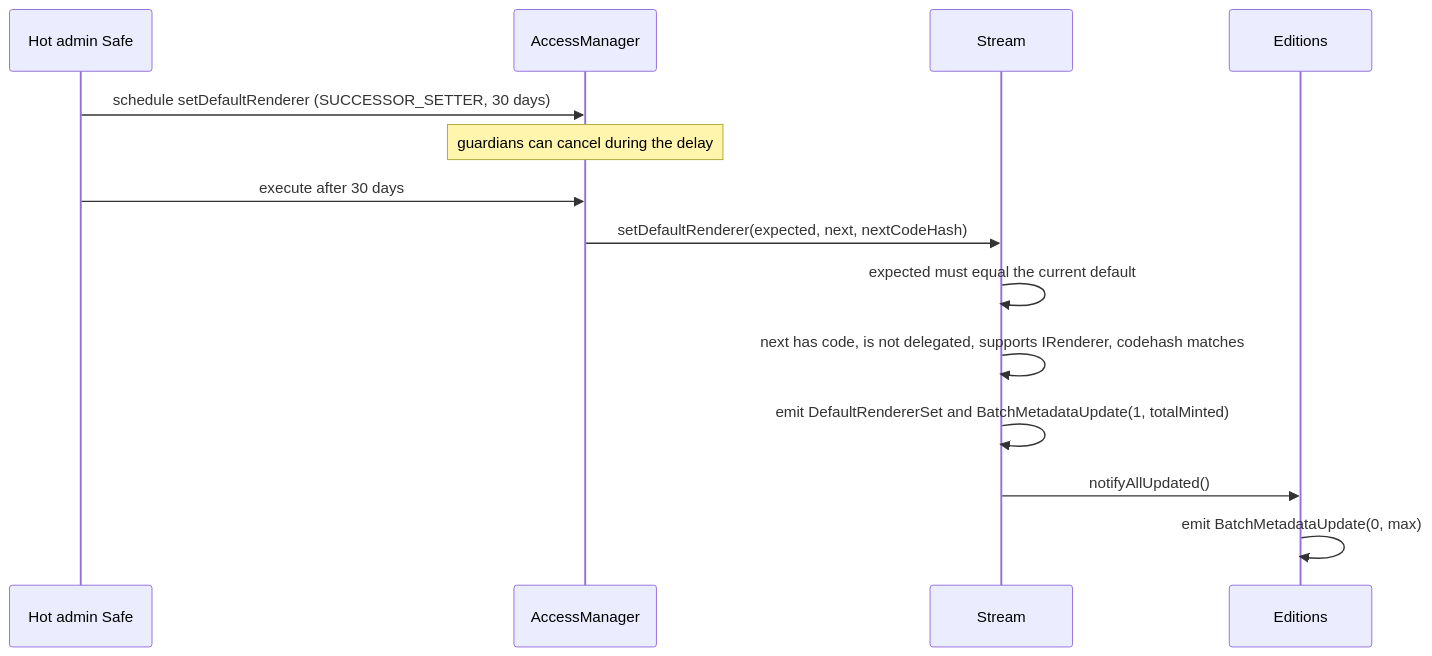
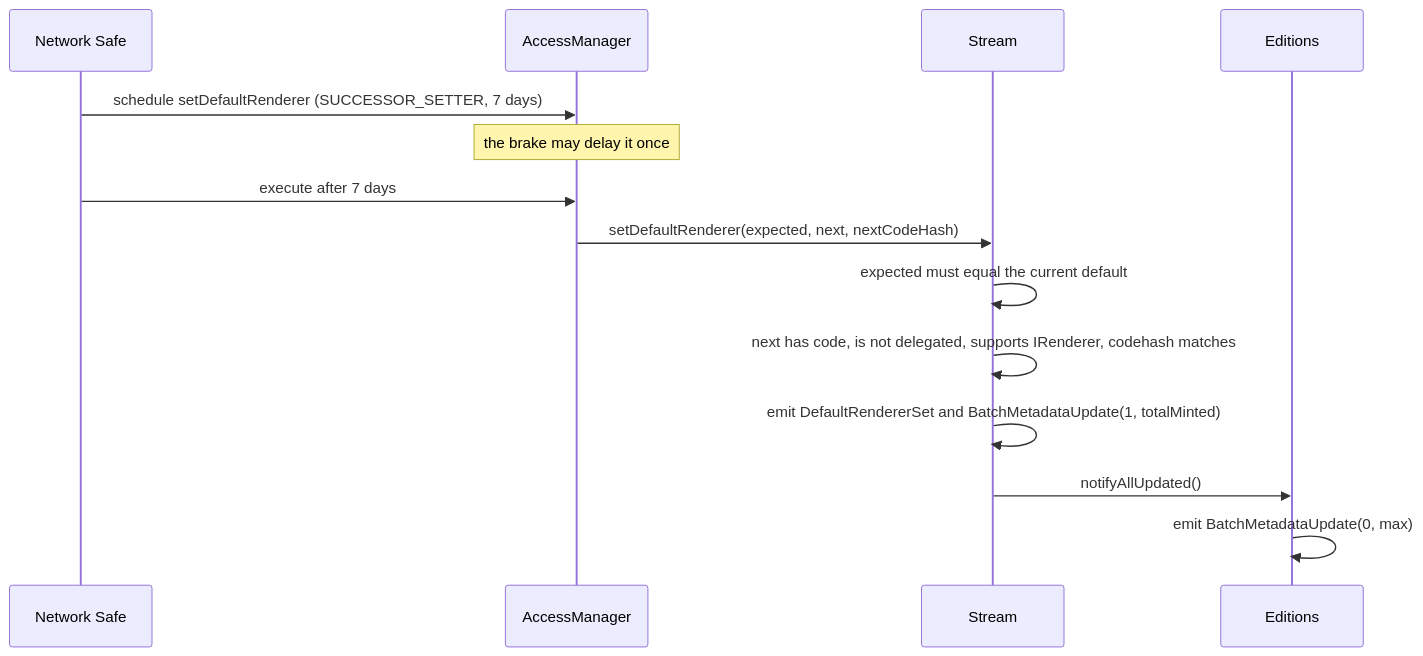
One commit to 6529-Collections/6529-works changed the sixth of 6 diagrams in docs/spec/rendering-and-tokenuri.md. Above: the diagram before and after it, drawn with Mermaid. The commit also changed other lines of this file and 352 other files, not shown here.

````diff
--- a/docs/spec/rendering-and-tokenuri.md
+++ b/docs/spec/rendering-and-tokenuri.md
@@ -219,16 +219,16 @@
 ```mermaid
 sequenceDiagram
-    participant A as Hot admin Safe
+    participant A as Network Safe
     participant M as AccessManager
     participant S as Stream
     participant E as Editions
-    A->>M: schedule setDefaultRenderer (SUCCESSOR_SETTER, 30 days)
-    Note over M: guardians can cancel during the delay
-    A->>M: execute after 30 days
+    A->>M: schedule setDefaultRenderer (SUCCESSOR_SETTER, 7 days)
+    Note over M: the brake may delay it once
+    A->>M: execute after 7 days
     M->>S: setDefaultRenderer(expected, next, nextCodeHash)
     S->>S: expected must equal the current default
     S->>S: next has code, is not delegated, supports IRenderer, codehash matches
     S->>S: emit DefaultRendererSet and BatchMetadataUpdate(1, totalMinted)
     S->>E: notifyAllUpdated()
     E->>E: emit BatchMetadataUpdate(0, max)
 ```
````
